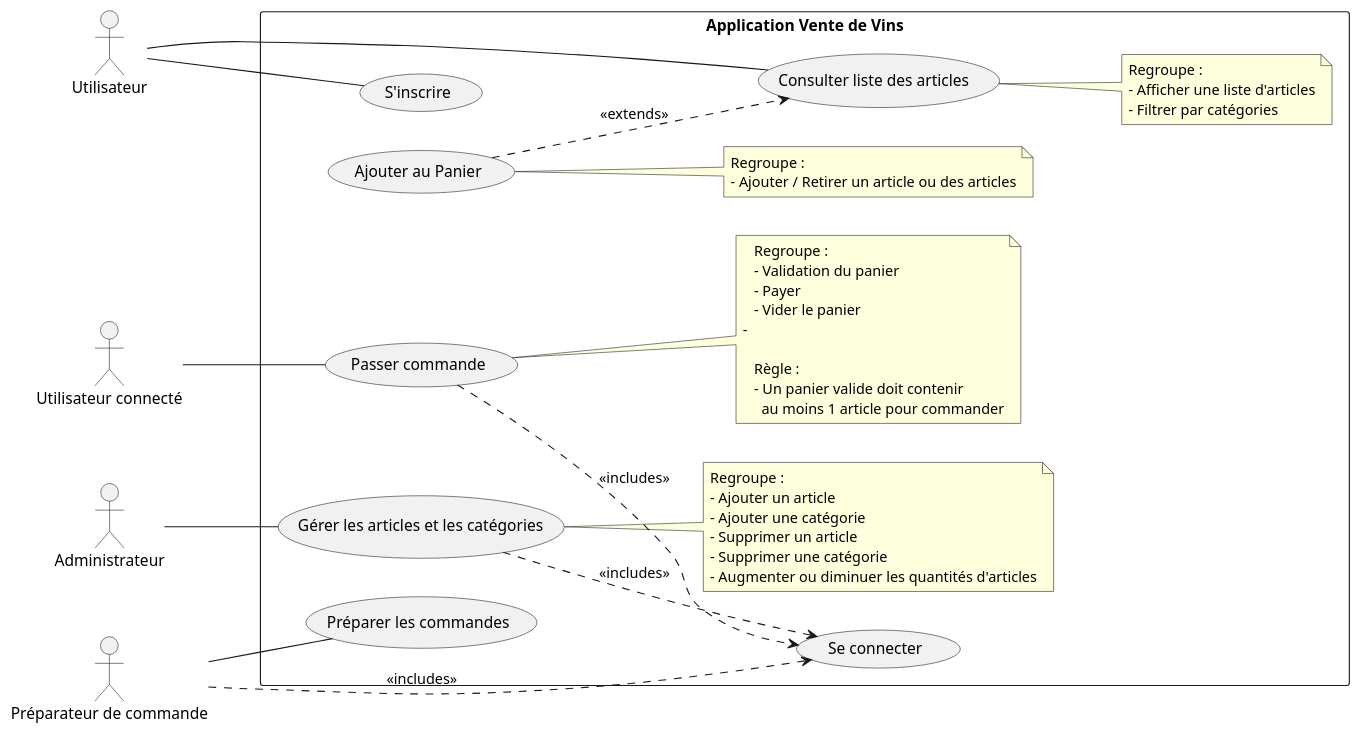
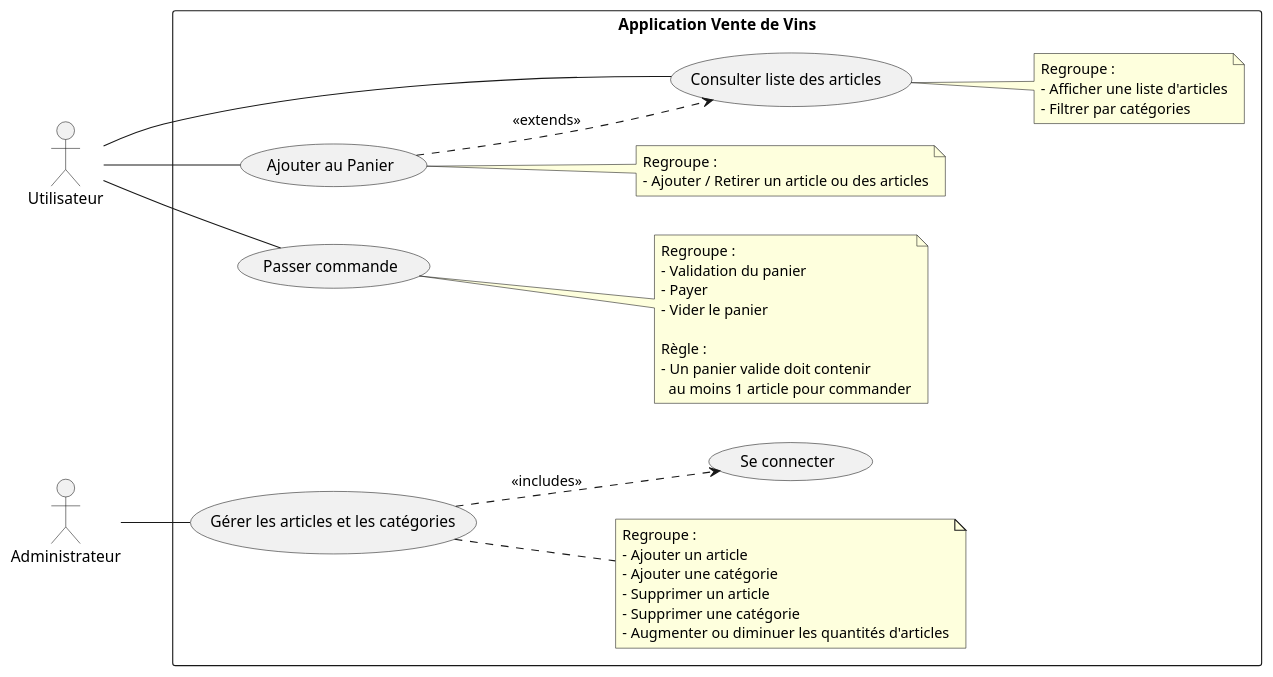
The diagram in docs/UML/1-use_case/Wine-Sales_User_Cases.puml (severinehmfms/BoutiqueEnLigne), drawn with PlantUML before and after one commit.

Commit message:
UPGRADE: 'Wine-Sales_User_Cases.svg' mise à jour du diagramme suite à la correction de Moor.

```diff
--- a/docs/UML/1-use_case/Wine-Sales_User_Cases.puml
+++ b/docs/UML/1-use_case/Wine-Sales_User_Cases.puml
@@ -1,73 +1,62 @@
 @startuml
 left to right direction
 
 /' --- ACTEURS --- '/
 actor "Utilisateur" as user
-actor "Utilisateur connecté" as member
 actor "Administrateur" as admin
-actor "Préparateur de commande" as order_picker
 
 
 rectangle "Application Vente de Vins" {
-
-  usecase "S'inscrire" as UC_Inscription
 
   usecase "Consulter liste des articles " as UC_page
   note right of UC_page
     Regroupe :
     - Afficher une liste d'articles
     - Filtrer par catégories
   end note
   
 
   usecase "Se connecter" as UC_Connexion
 
   usecase "Ajouter au Panier" as UC_cart
   note right of UC_cart
     Regroupe :
     - Ajouter / Retirer un article ou des articles
 	end note
 	
   usecase "Passer commande" as UC_Commande
   note right of UC_Commande
     Regroupe :
     - Validation du panier
     - Payer
     - Vider le panier
-	-
     
     Règle :
     - Un panier valide doit contenir 
       au moins 1 article pour commander
   end note
   
   usecase "Gérer les articles et les catégories" as UC_Admin
   note right of UC_Admin
   Regroupe : 
   - Ajouter un article
   - Ajouter une catégorie
   - Supprimer un article
   - Supprimer une catégorie
   - Augmenter ou diminuer les quantités d'articles
   end note
 
-  usecase "Préparer les commandes" as UC_prepare
 }
 
 /' --- RELATIONS ACTEURS <--> CAS D'UTILISATION ---'/
 
 user -- UC_page
-user -- UC_Inscription
-
-member -- UC_Commande
+user -- UC_cart
+user -- UC_Commande
 
 UC_cart ..> UC_page : <<extends>>
-UC_Commande ..> UC_Connexion : <<includes>>
-
-order_picker -- UC_prepare
-order_picker ..> UC_Connexion : <<includes>> 
 
 
 admin -- UC_Admin
 UC_Admin ..> UC_Connexion : <<includes>>
 @enduml
```
